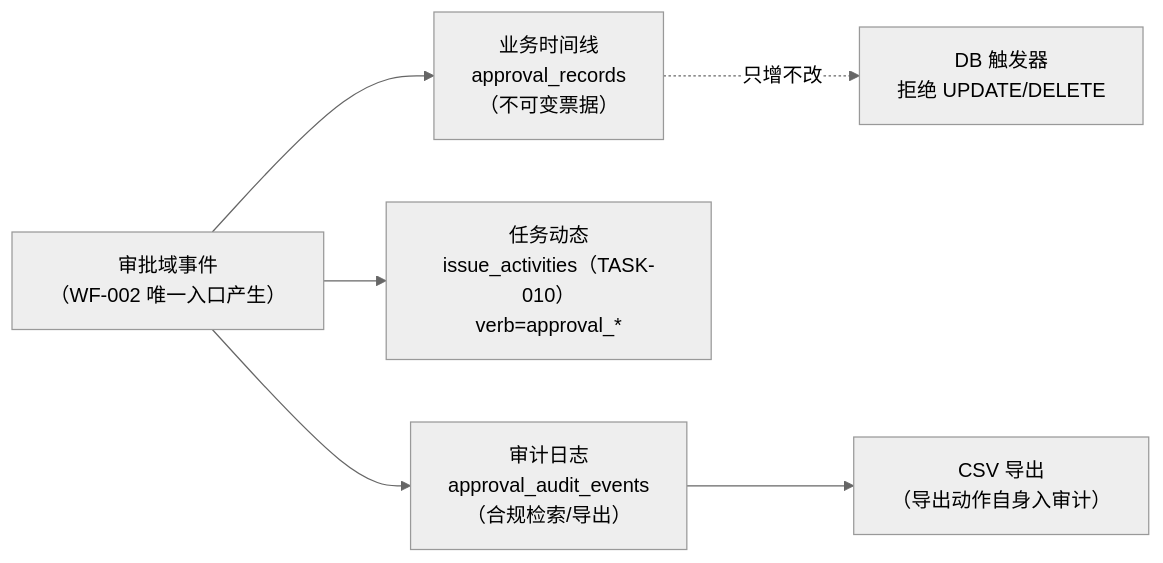
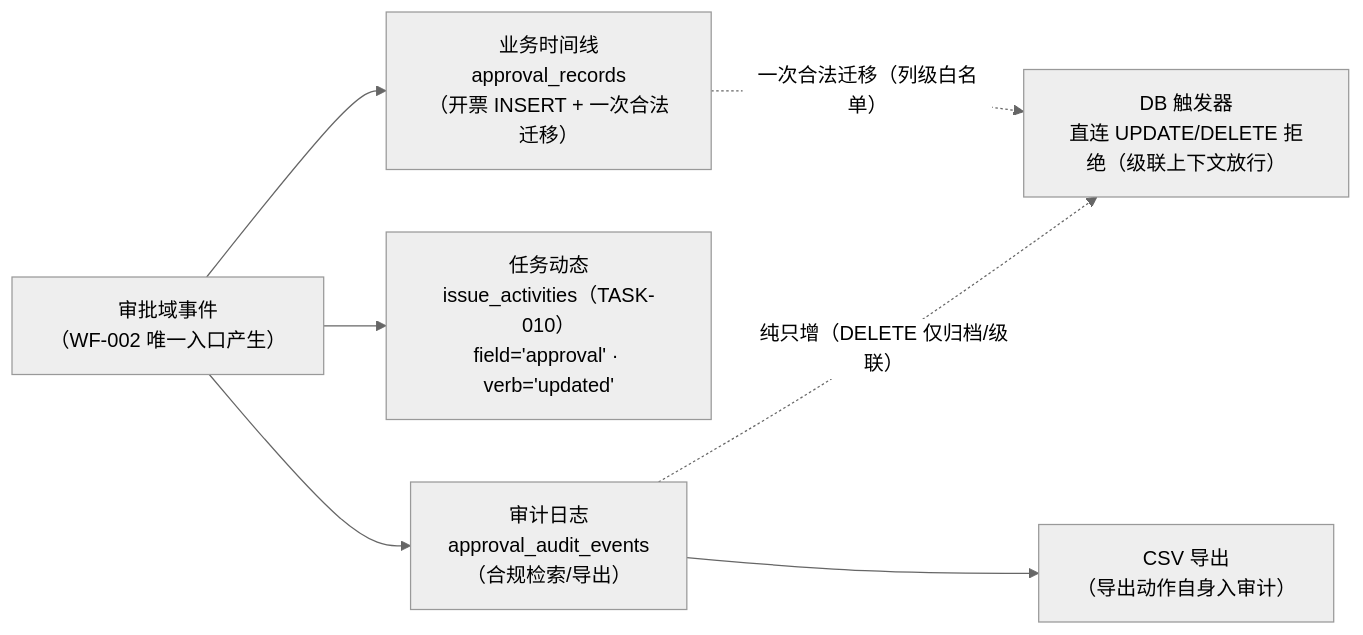
One commit to RabbitAI-Lab/RabbitProjects changed the first of 2 diagrams in docs/sprint-7-enterprise-workflow/WF-006-approval-audit.md. Above: the diagram before and after it, drawn with Mermaid (neutral theme). The commit also changed other lines of this file and 9 other files, not shown here.

````diff
--- a/docs/sprint-7-enterprise-workflow/WF-006-approval-audit.md
+++ b/docs/sprint-7-enterprise-workflow/WF-006-approval-audit.md
@@ -29,8 +29,9 @@
 ```mermaid
 flowchart LR
-    EVT["审批域事件<br/>（WF-002 唯一入口产生）"] --> TL["业务时间线<br/>approval_records<br/>（不可变票据）"]
-    EVT --> ACT["任务动态<br/>issue_activities（TASK-010）<br/>verb=approval_*"]
+    EVT["审批域事件<br/>（WF-002 唯一入口产生）"] --> TL["业务时间线<br/>approval_records<br/>（开票 INSERT + 一次合法迁移）"]
+    EVT --> ACT["任务动态<br/>issue_activities（TASK-010）<br/>field='approval' · verb='updated'"]
     EVT --> AUD["审计日志<br/>approval_audit_events<br/>（合规检索/导出）"]
     AUD --> EXP["CSV 导出<br/>（导出动作自身入审计）"]
-    TL -.只增不改.-> DBT["DB 触发器<br/>拒绝 UPDATE/DELETE"]
+    TL -.一次合法迁移（列级白名单）.-> DBT["DB 触发器<br/>直连 UPDATE/DELETE 拒绝（级联上下文放行）"]
+    AUD -.纯只增（DELETE 仅归档/级联）.-> DBT
 ```
````
